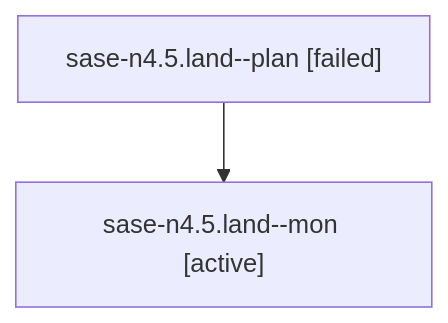
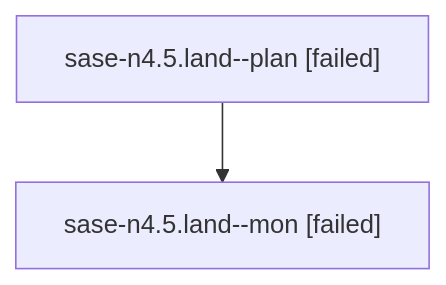
One commit to sase-org/sase--agents changed the diagram in families/bbugyi200.athena.sase-n4.5.land.md. Above: the diagram before and after it, drawn with Mermaid. The commit also changed other lines of this file and 179 other files, not shown here.

````diff
--- a/families/bbugyi200.athena.sase-n4.5.land.md
+++ b/families/bbugyi200.athena.sase-n4.5.land.md
@@ -9,6 +9,6 @@
 ```mermaid
 flowchart TD
   n0["sase-n4.5.land--plan [failed]"]
-  n1["sase-n4.5.land--mon [active]"]
+  n1["sase-n4.5.land--mon [failed]"]
   n0 --> n1
 ```
````
